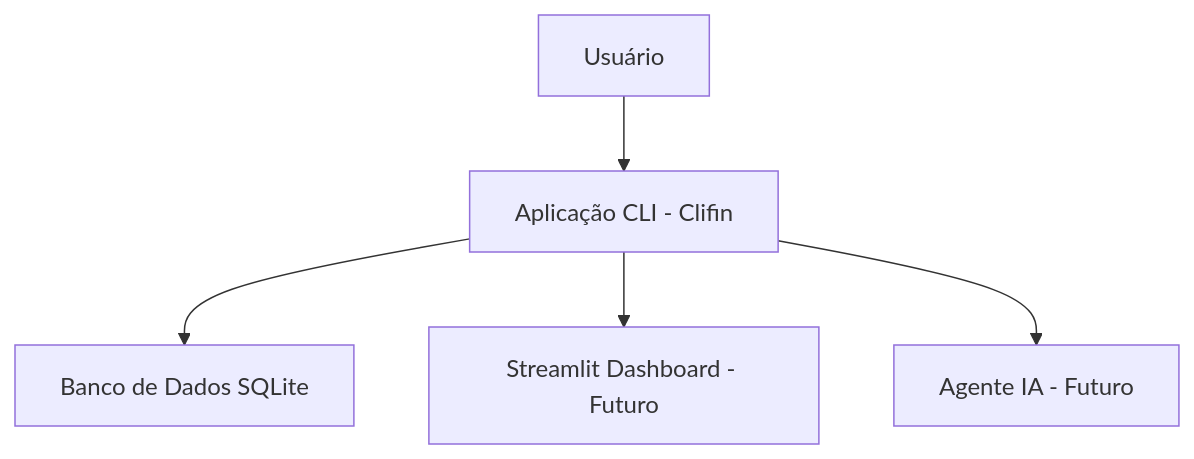
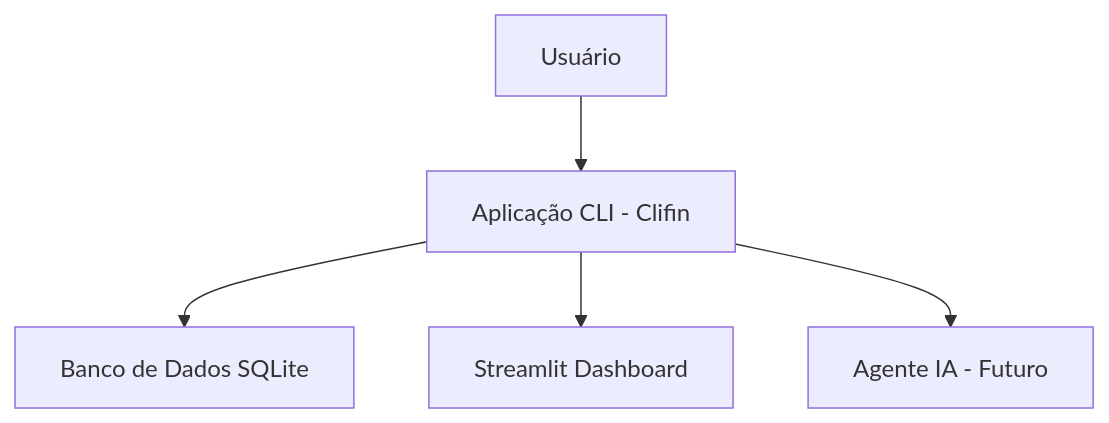
One commit to lucasscarioca/clifin changed the diagram in README.md. Above: the diagram before and after it, drawn with Mermaid. The commit also changed other lines of this file and 7 other files, not shown here.

Commit message:
feat: add `dashboard` command that serves a streamlit dashboard

````diff
--- a/README.md
+++ b/README.md
@@ -33,7 +34,7 @@
 ```mermaid
 graph TD
     A[Usuário] --> B[Aplicação CLI - Clifin]
     B --> C[Banco de Dados SQLite]
-    B --> D[Streamlit Dashboard - Futuro]
+    B --> D[Streamlit Dashboard]
     B --> E[Agente IA - Futuro]
 ```
````
